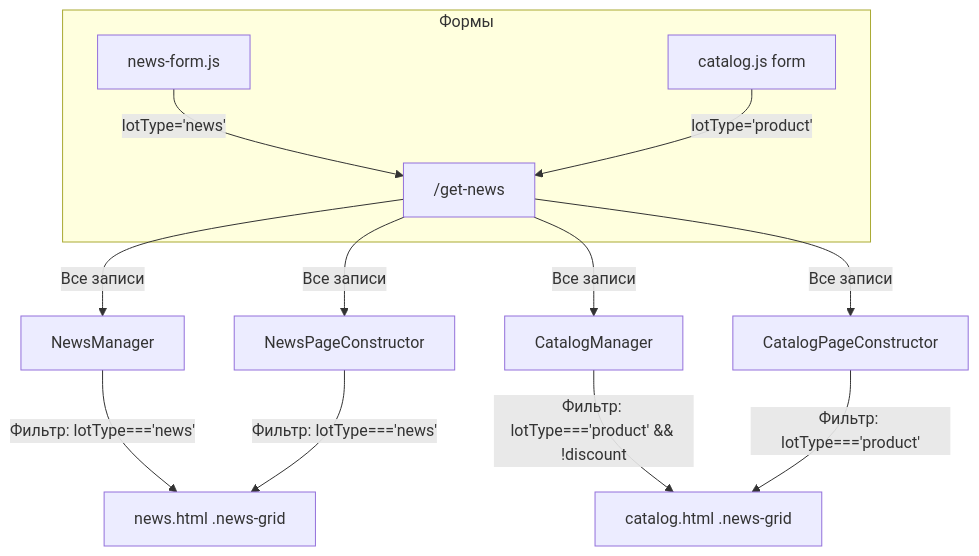
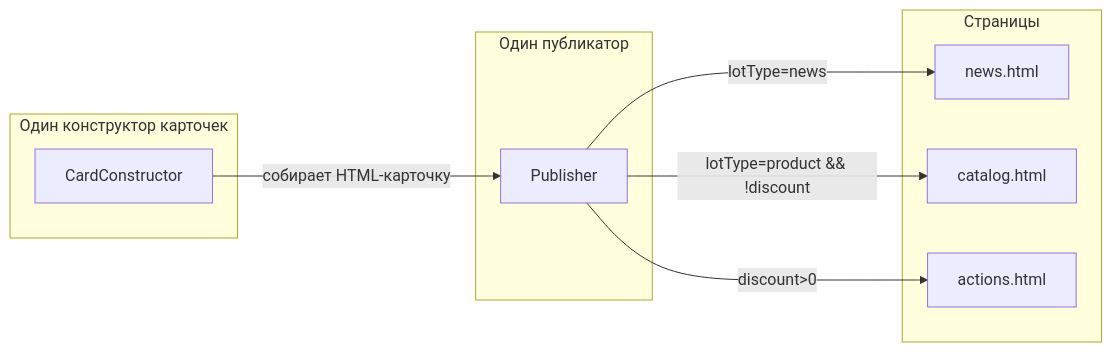
The diagram in plans/constructor-fix-plan.md (SiriusPlanet/-), drawn with Mermaid before and after one commit. The commit also changed other lines of this file and 18 other files, not shown here.

````diff
--- a/plans/constructor-fix-plan.md
+++ b/plans/constructor-fix-plan.md
@@ -91,18 +17,21 @@
 ```mermaid
-flowchart TD
-    API["/get-news"] -->|Все записи| NM[NewsManager]
-    API -->|Все записи| CM[CatalogManager]
-    API -->|Все записи| CPC[CatalogPageConstructor]
-    API -->|Все записи| NPC[NewsPageConstructor]
+flowchart LR
+    subgraph "Один конструктор карточек"
+        CC[CardConstructor]
+    end
+    
+    subgraph "Один публикатор"
+        Pub[Publisher]
+    end
 
-    NM -->|Фильтр: lotType==='news'| NewsGrid[news.html .news-grid]
-    NPC -->|Фильтр: lotType==='news'| NewsGrid
+    subgraph "Страницы"
+        N[news.html]
+        C[catalog.html]
+        A[actions.html]
+    end
 
-    CM -->|Фильтр: lotType==='product' && !discount| CatGrid[catalog.html .news-grid]
-    CPC -->|Фильтр: lotType==='product'| CatGrid
-
-    subgraph "Формы"
-        NF[news-form.js] -->|lotType='news'| API
-        CF[catalog.js form] -->|lotType='product'| API
-    end
+    CC -->|собирает HTML-карточку| Pub
+    Pub -->|lotType=news| N
+    Pub -->|lotType=product && !discount| C
+    Pub -->|discount>0| A
 ```
````
